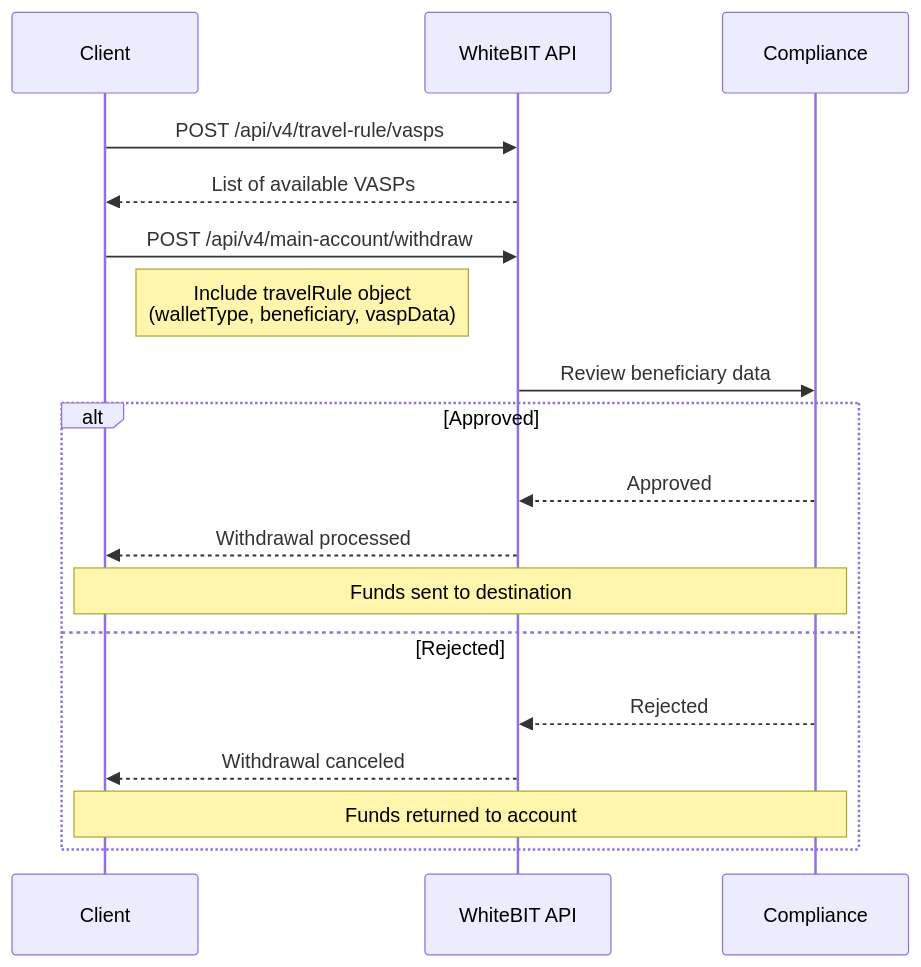
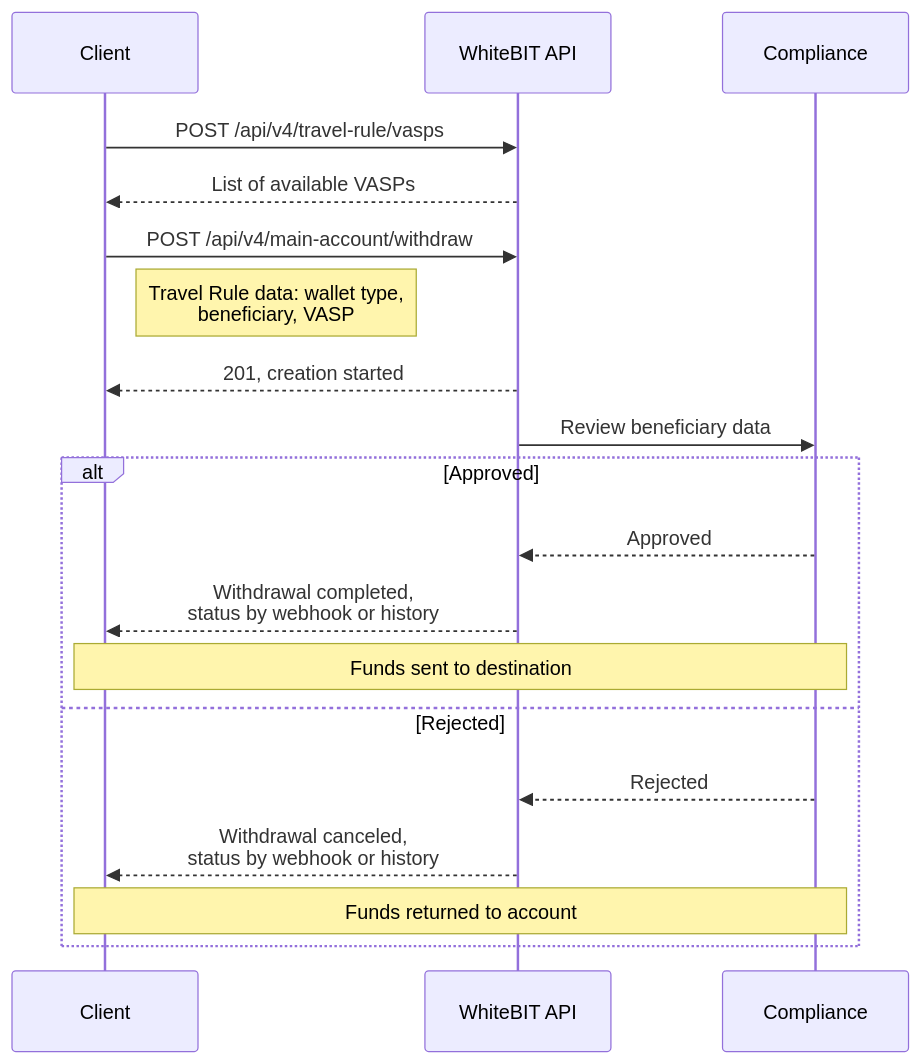
Before and after one commit to whitebit-exchange/docs: the second of 2 diagrams in concepts/travel-rule.mdx, drawn with Mermaid. The commit also changed 7 other files, not shown here.

Commit message:
fix(guide): align withdrawal status actions and fix drifted diagrams

````diff
--- a/concepts/travel-rule.mdx
+++ b/concepts/travel-rule.mdx
@@ -179,23 +179,24 @@
 ```mermaid
 sequenceDiagram
     participant Client
     participant WhiteBIT API
     participant Compliance
 
     Client->>WhiteBIT API: POST /api/v4/travel-rule/vasps
     WhiteBIT API-->>Client: List of available VASPs
 
     Client->>WhiteBIT API: POST /api/v4/main-account/withdraw
-    Note right of Client: Include travelRule object<br/>(walletType, beneficiary, vaspData)
+    Note right of Client: Travel Rule data: wallet type,<br/>beneficiary, VASP
+    WhiteBIT API-->>Client: 201, creation started
     WhiteBIT API->>Compliance: Review beneficiary data
 
     alt Approved
         Compliance-->>WhiteBIT API: Approved
-        WhiteBIT API-->>Client: Withdrawal processed
+        WhiteBIT API-->>Client: Withdrawal completed,<br/>status by webhook or history
         Note over Client,Compliance: Funds sent to destination
     else Rejected
         Compliance-->>WhiteBIT API: Rejected
-        WhiteBIT API-->>Client: Withdrawal canceled
+        WhiteBIT API-->>Client: Withdrawal canceled,<br/>status by webhook or history
         Note over Client,Compliance: Funds returned to account
     end
 ```
````
